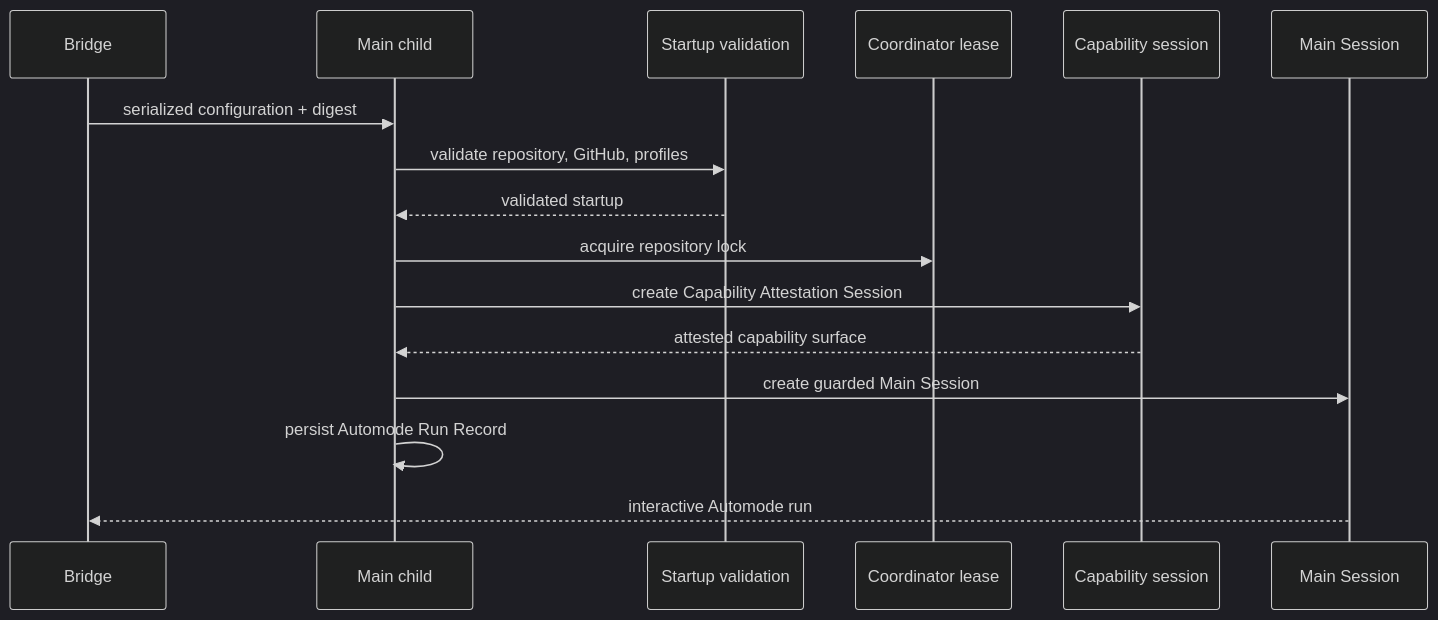
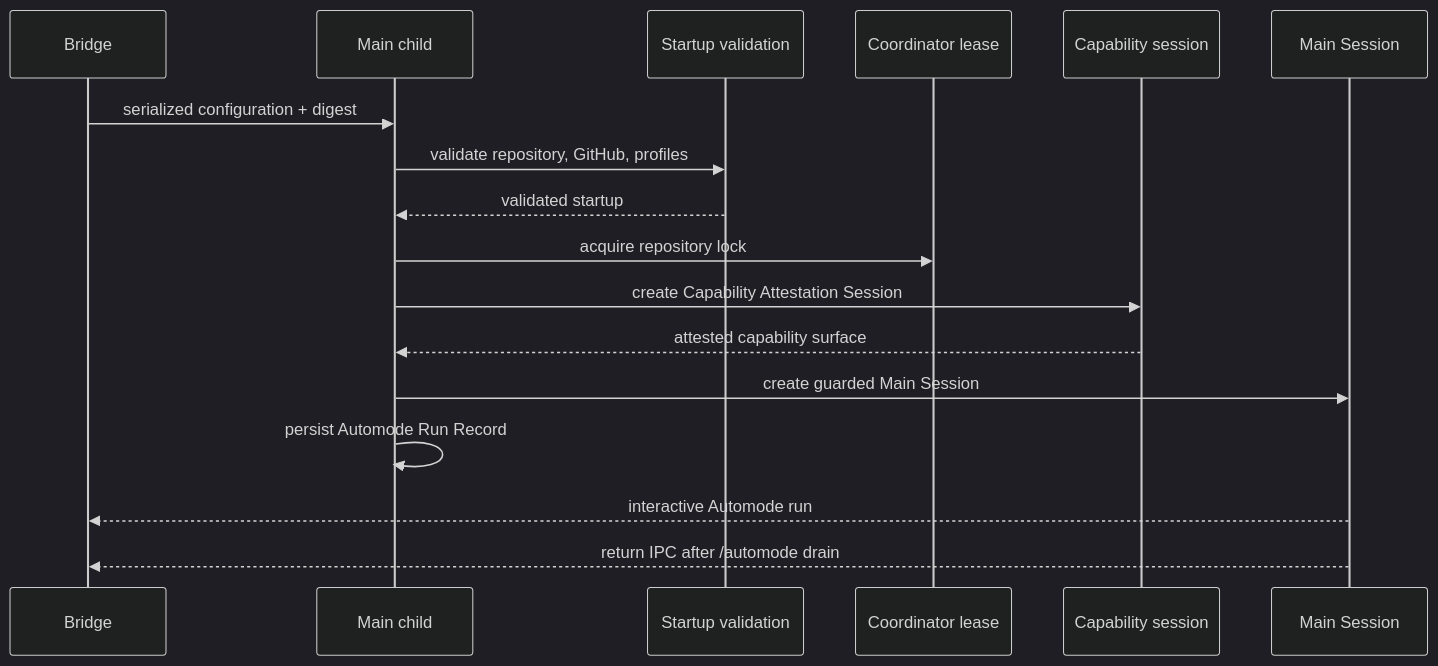
Before and after one commit to stanley50z/sz-pi-auto-mode: the diagram in openwiki/architecture/overview.md, drawn with Mermaid (dark theme). The commit also changed other lines of this file and 12 other files, not shown here.

````diff
--- a/openwiki/architecture/overview.md
+++ b/openwiki/architecture/overview.md
@@ -44,18 +44,19 @@
 ```mermaid
 sequenceDiagram
   participant B as Bridge
   participant M as Main child
   participant V as Startup validation
   participant L as Coordinator lease
   participant C as Capability session
   participant S as Main Session
   B->>M: serialized configuration + digest
   M->>V: validate repository, GitHub, profiles
   V-->>M: validated startup
   M->>L: acquire repository lock
   M->>C: create Capability Attestation Session
   C-->>M: attested capability surface
   M->>S: create guarded Main Session
   M->>M: persist Automode Run Record
   S-->>B: interactive Automode run
+  S-->>B: return IPC after /automode drain
 ```
````
